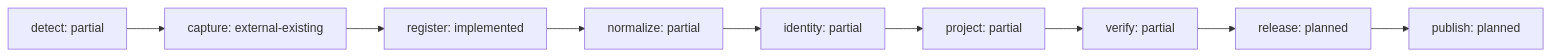
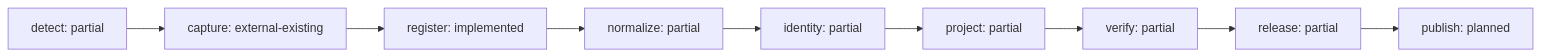
Before and after one commit to rk-gamemods/HumanHostWiki: the second of 2 diagrams in docs/REPOSITORIES.md, drawn with Mermaid. The commit also changed other lines of this file and 23 other files, not shown here.

````diff
--- a/docs/REPOSITORIES.md
+++ b/docs/REPOSITORIES.md
@@ -74,20 +74,20 @@
 ```mermaid
 flowchart LR
   detect["detect: partial"]
   capture["capture: external-existing"]
   detect --> capture
   register["register: implemented"]
   capture --> register
   normalize["normalize: partial"]
   register --> normalize
   identity["identity: partial"]
   normalize --> identity
   project["project: partial"]
   identity --> project
   verify["verify: partial"]
   project --> verify
-  release["release: planned"]
+  release["release: partial"]
   verify --> release
   publish["publish: planned"]
   release --> publish
 ```
````
